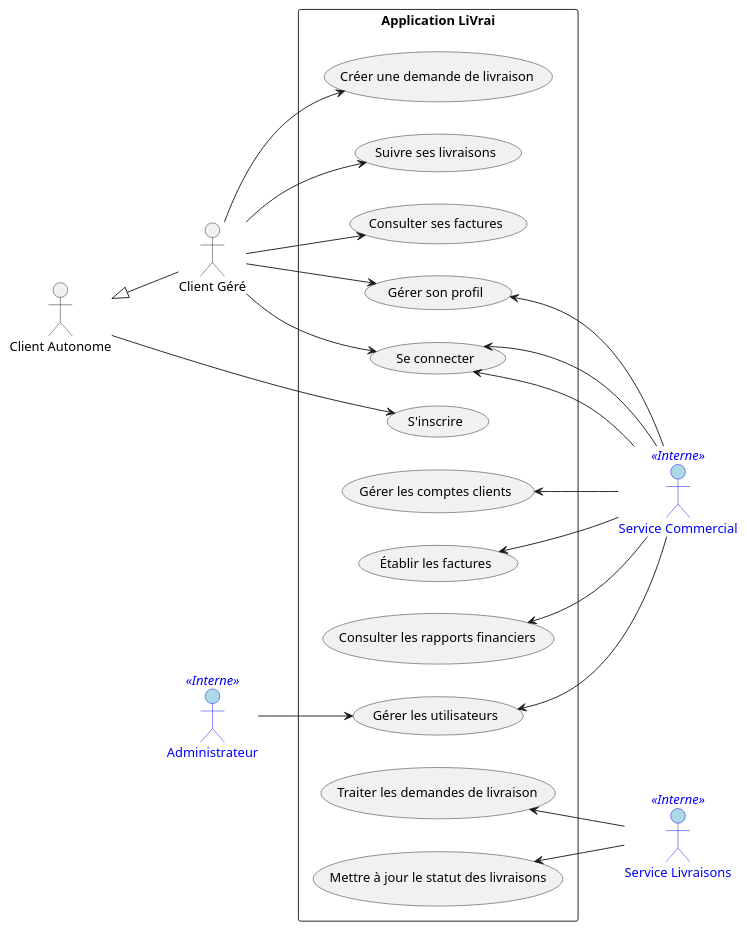
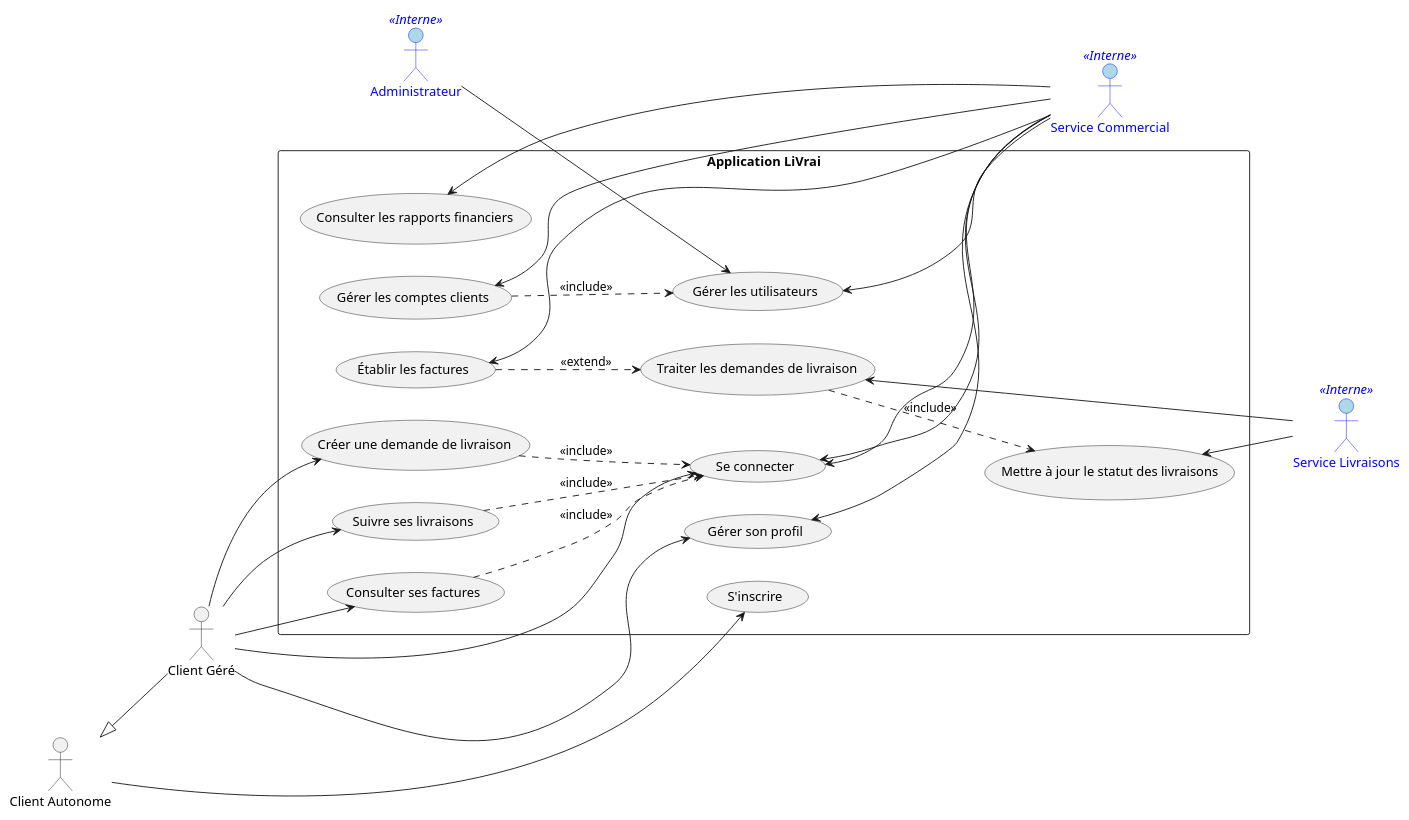
Before and after one commit to cpierres/P8-cc: the diagram in assets/docs/diagrams/sfg/SFG-use_case_general.puml, drawn with PlantUML.

Commit message:
SFG-use_case_general.puml - ajout include et exclude

```diff
--- a/assets/docs/diagrams/sfg/SFG-use_case_general.puml
+++ b/assets/docs/diagrams/sfg/SFG-use_case_general.puml
@@ -1,64 +1,74 @@
 @startuml
 left to right direction
 skinparam packageStyle rectangle
 
 skinparam actor {
   BackgroundColor<<Interne>> LightBlue
   BorderColor<<Interne>> Blue
   FontColor<<Interne>> Blue
 }
 
 actor "Client Géré" as clientGere
 actor "Client Autonome" as clientAuto
 actor "Service Commercial" as commercial <<Interne>>
 actor "Service Livraisons" as livraisons <<Interne>>
 actor "Administrateur" as admin <<Interne>>
 
 rectangle "Application LiVrai" {
 
   together {
     usecase "S'inscrire" as UC1
     usecase "Se connecter" as UC2
     usecase "Gérer son profil" as UC3
   }
 
   together {
     usecase "Créer une demande de livraison" as UC4
     usecase "Suivre ses livraisons" as UC5
     usecase "Consulter ses factures" as UC6
   }
 
    usecase "Gérer les utilisateurs" as UC8
 
   together {
     usecase "Gérer les comptes clients" as UC7
     usecase "Établir les factures" as UC11
     usecase "Consulter les rapports financiers" as UC12
   }
 
   usecase "Traiter les demandes de livraison" as UC9
   usecase "Mettre à jour le statut des livraisons" as UC10
+
+  ' Include relationships
+  UC9 ..> UC10 : <<include>>
+  UC7 ..> UC8 : <<include>>
+  UC4 ..> UC2 : <<include>>
+  UC5 ..> UC2 : <<include>>
+  UC6 ..> UC2 : <<include>>
+
+  ' Extend relationships
+  UC11 ..> UC9 : <<extend>>
 }
 
 clientAuto <|-- clientGere
 clientAuto --> UC1
 clientGere --> UC2
 clientGere --> UC3
 clientGere --> UC4
 clientGere --> UC5
 clientGere --> UC6
 admin --> UC8
 
 UC2 <-- commercial
 UC3 <-- commercial
 UC7 <-- commercial
 UC8 <-- commercial
 UC12 <-- commercial
 UC11 <-- commercial
 
 UC9 <-- livraisons
 UC10 <-- livraisons
 
 commercial -right-> UC2
 
 @enduml
```
